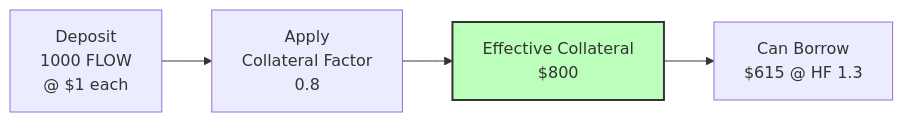
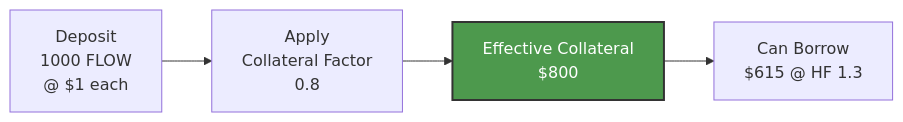
One commit to onflow/docs changed the first of 7 diagrams in docs/defi/alp/credit-market-mechanics.md. Above: the diagram before and after it, drawn with Mermaid. The commit also changed other lines of this file and 12 other files, not shown here.

````diff
--- a/docs/defi/alp/credit-market-mechanics.md
+++ b/docs/defi/alp/credit-market-mechanics.md
@@ -16,9 +16,9 @@
 ```mermaid
 graph LR
     Deposit[Deposit<br/>1000 FLOW<br/>@ $1 each] --> Factor[Apply<br/>Collateral Factor<br/>0.8]
     Factor --> Effective[Effective Collateral<br/>$800]
 
     Effective --> Borrow[Can Borrow<br/>$615 @ HF 1.3]
 
-    style Effective fill:#bfb,stroke:#333,stroke-width:2px
+    style Effective fill:#4d994d,stroke:#333,stroke-width:2px,color:#fff
 ```
````
